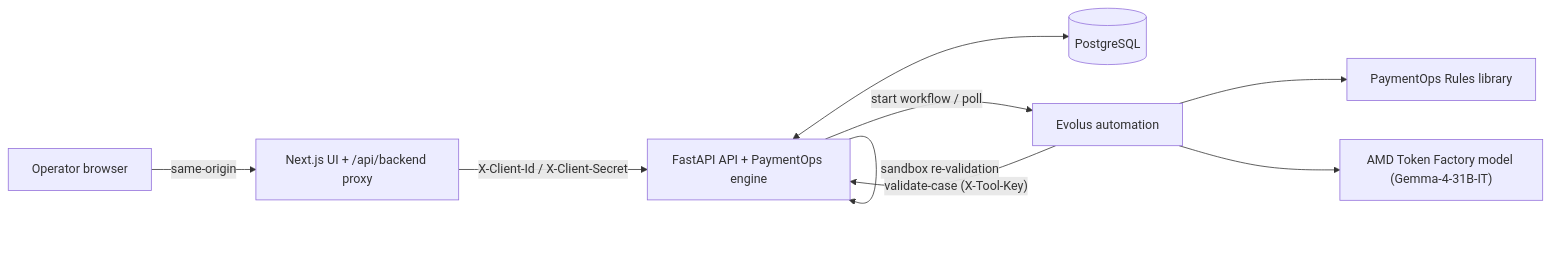
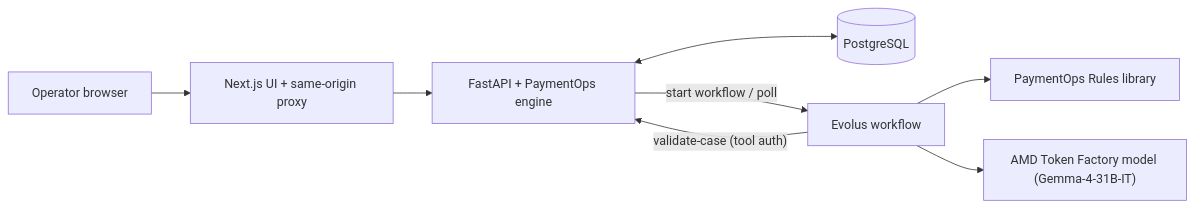
Before and after one commit to sanketnawale/paymentops: the diagram in README.md, drawn with Mermaid. The commit also changed other lines of this file, not shown here.

````diff
--- a/README.md
+++ b/README.md
@@ -87,11 +82,10 @@
 ```mermaid
 flowchart LR
-  U["Operator browser"] -->|same-origin| W["Next.js UI + /api/backend proxy"]
-  W -->|"X-Client-Id / X-Client-Secret"| A["FastAPI API + PaymentOps engine"]
+  U["Operator browser"] --> W["Next.js UI + same-origin proxy"]
+  W --> A["FastAPI + PaymentOps engine"]
   A <--> DB[("PostgreSQL")]
-  A -->|"start workflow / poll"| E["Evolus automation"]
+  A -->|"start workflow / poll"| E["Evolus workflow"]
   E --> L["PaymentOps Rules library"]
-  E -->|"validate-case (X-Tool-Key)"| A
+  E -->|"validate-case (tool auth)"| A
   E --> M["AMD Token Factory model (Gemma-4-31B-IT)"]
-  A -->|"sandbox re-validation"| A
 ```
````
